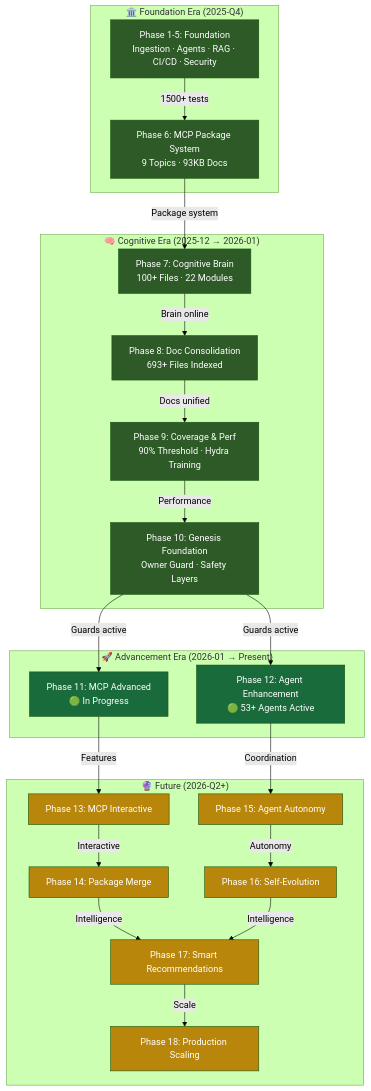
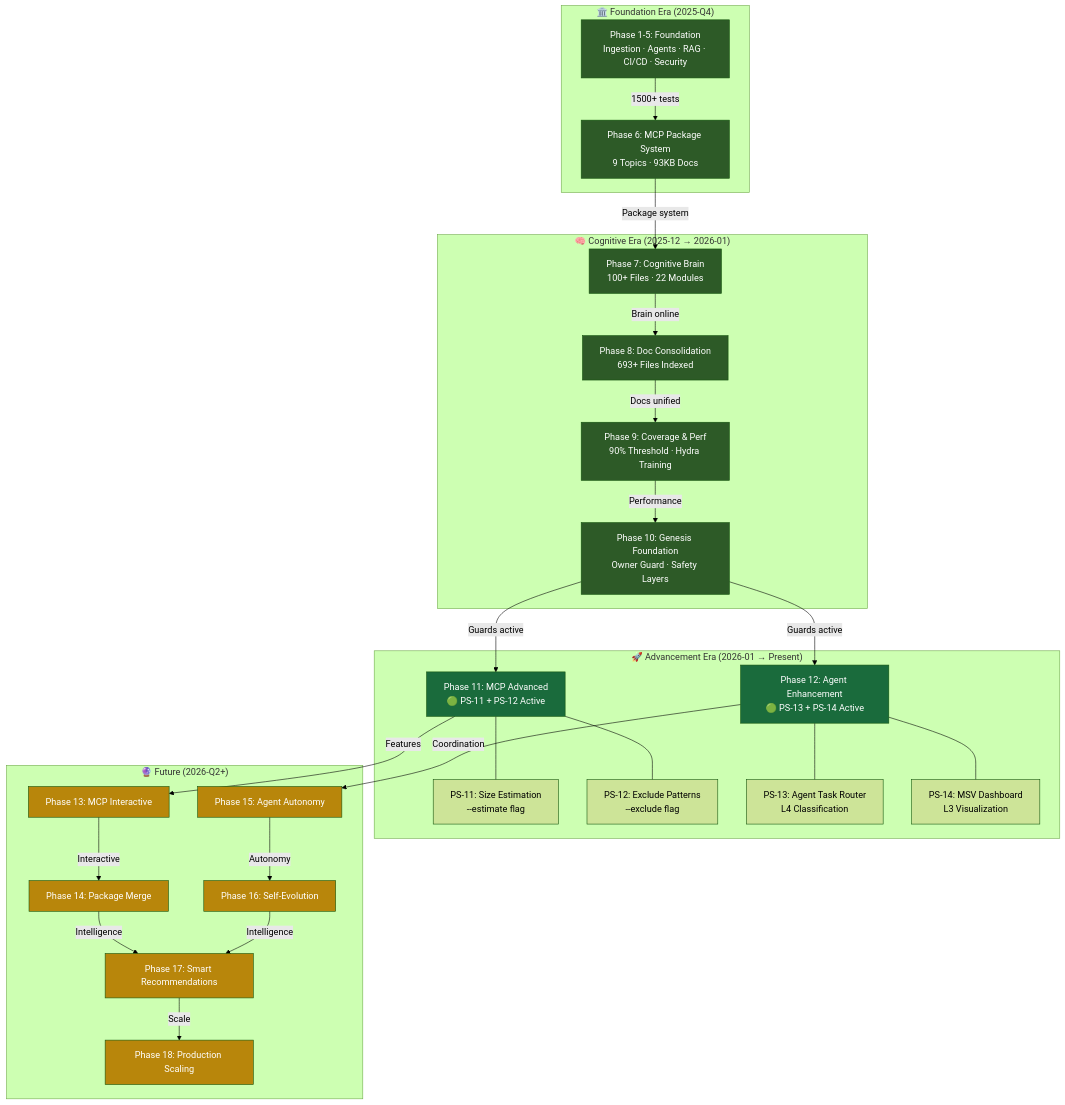
One commit to Aries-Serpent/_codex_ changed the first of 5 diagrams in docs/evolution/COGNITIVE_EVOLUTION_TREE.md. Above: the diagram before and after it, drawn with Mermaid (forest theme). The commit also changed other lines of this file and 5 other files, not shown here.

````diff
--- a/docs/evolution/COGNITIVE_EVOLUTION_TREE.md
+++ b/docs/evolution/COGNITIVE_EVOLUTION_TREE.md
@@ -11,57 +11,65 @@
 ```mermaid
 graph TD
     subgraph Foundation["🏛️ Foundation Era (2025-Q4)"]
         P1[Phase 1-5: Foundation<br/>Ingestion · Agents · RAG · CI/CD · Security]
         P6[Phase 6: MCP Package System<br/>9 Topics · 93KB Docs]
     end
 
     subgraph Cognitive["🧠 Cognitive Era (2025-12 → 2026-01)"]
         P7[Phase 7: Cognitive Brain<br/>100+ Files · 22 Modules]
         P8[Phase 8: Doc Consolidation<br/>693+ Files Indexed]
         P9[Phase 9: Coverage & Perf<br/>90% Threshold · Hydra Training]
         P10[Phase 10: Genesis Foundation<br/>Owner Guard · Safety Layers]
     end
 
     subgraph Advancement["🚀 Advancement Era (2026-01 → Present)"]
-        P11[Phase 11: MCP Advanced<br/>🟢 In Progress]
-        P12[Phase 12: Agent Enhancement<br/>🟢 53+ Agents Active]
+        P11[Phase 11: MCP Advanced<br/>🟢 PS-11 + PS-12 Active]
+        P12[Phase 12: Agent Enhancement<br/>🟢 PS-13 + PS-14 Active]
+        PS11[PS-11: Size Estimation<br/>--estimate flag]
+        PS12[PS-12: Exclude Patterns<br/>--exclude flag]
+        PS13[PS-13: Agent Task Router<br/>L4 Classification]
+        PS14[PS-14: MSV Dashboard<br/>L3 Visualization]
+        P11 --- PS11
+        P11 --- PS12
+        P12 --- PS13
+        P12 --- PS14
     end
 
     subgraph Future["🔮 Future (2026-Q2+)"]
         P13[Phase 13: MCP Interactive]
         P14[Phase 14: Package Merge]
         P15[Phase 15: Agent Autonomy]
         P16[Phase 16: Self-Evolution]
         P17[Phase 17: Smart Recommendations]
         P18[Phase 18: Production Scaling]
     end
 
     P1 -->|"1500+ tests"| P6
     P6 -->|"Package system"| P7
     P7 -->|"Brain online"| P8
     P8 -->|"Docs unified"| P9
     P9 -->|"Performance"| P10
     P10 -->|"Guards active"| P11
     P10 -->|"Guards active"| P12
     P11 -->|"Features"| P13
     P12 -->|"Coordination"| P15
     P13 -->|"Interactive"| P14
     P15 -->|"Autonomy"| P16
     P14 & P16 -->|"Intelligence"| P17
     P17 -->|"Scale"| P18
 
     style P1 fill:#2d5a27,color:#fff
     style P6 fill:#2d5a27,color:#fff
     style P7 fill:#2d5a27,color:#fff
     style P8 fill:#2d5a27,color:#fff
     style P9 fill:#2d5a27,color:#fff
     style P10 fill:#2d5a27,color:#fff
     style P11 fill:#1a6b3c,color:#fff
     style P12 fill:#1a6b3c,color:#fff
     style P13 fill:#b8860b,color:#fff
     style P14 fill:#b8860b,color:#fff
     style P15 fill:#b8860b,color:#fff
     style P16 fill:#b8860b,color:#fff
     style P17 fill:#b8860b,color:#fff
     style P18 fill:#b8860b,color:#fff
 ```
````
